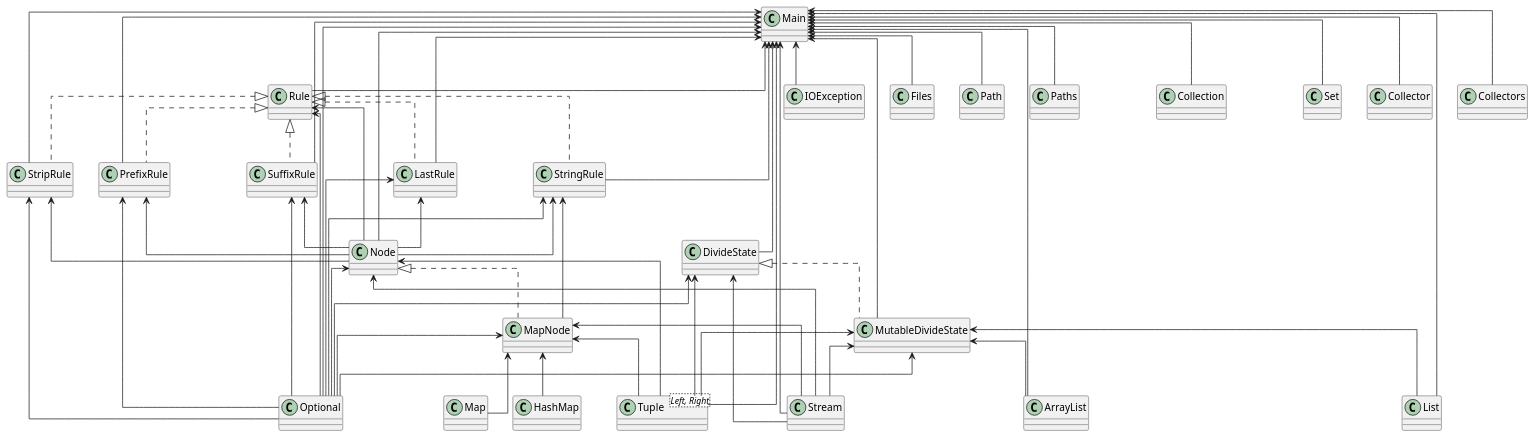
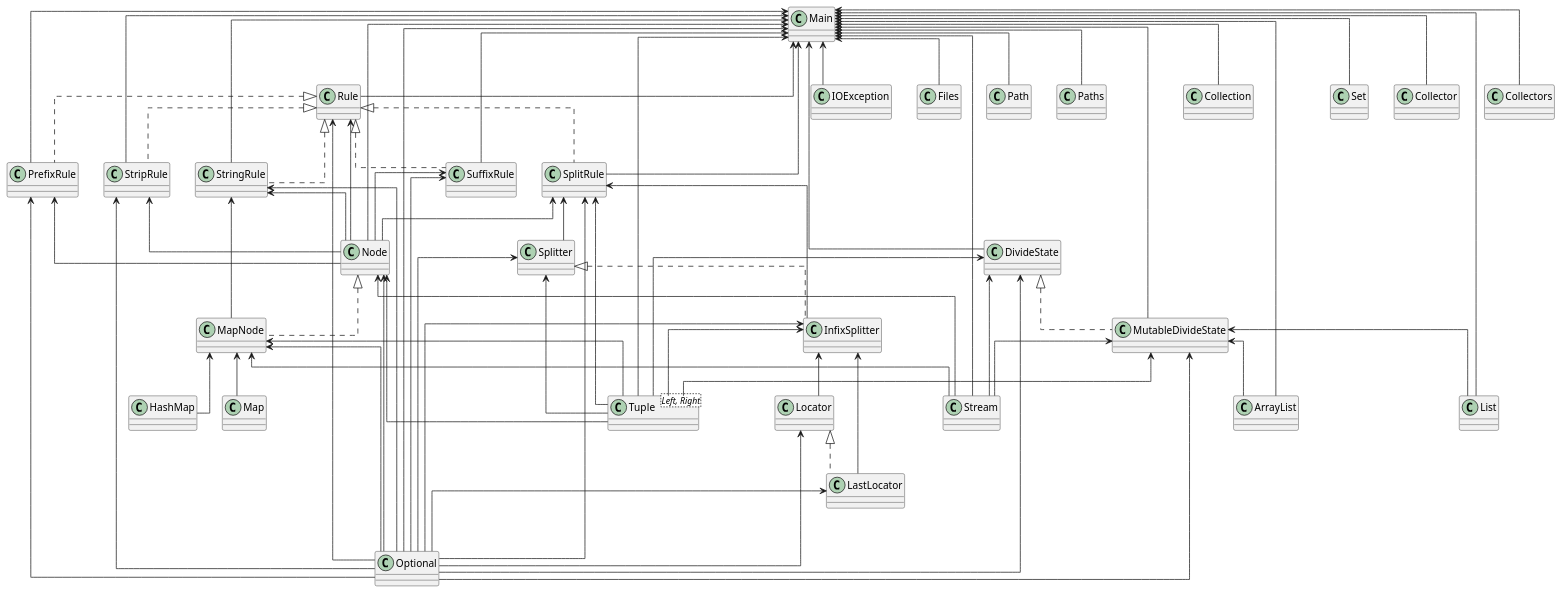
One commit to SirMathhman/Magma changed the diagram in diagram.puml. Above: the diagram before and after it, drawn with PlantUML. The commit also changed 7 other files, not shown here.

```diff
--- a/diagram.puml
+++ b/diagram.puml
@@ -1,74 +1,91 @@
 @startuml
 skinparam linetype ortho
 class PrefixRule
 PrefixRule <-- Node
 PrefixRule <-- Optional
 class PrefixRule implements Rule
 class StripRule
 StripRule <-- Node
 StripRule <-- Optional
 class StripRule implements Rule
-class SuffixRule
-SuffixRule <-- Node
-SuffixRule <-- Optional
-class SuffixRule implements Rule
-class LastRule
-LastRule <-- Node
-LastRule <-- Optional
-class LastRule implements Rule
 class StringRule
 StringRule <-- MapNode
 StringRule <-- Node
 StringRule <-- Optional
 class StringRule implements Rule
+class Splitter
+Splitter <-- Tuple
+Splitter <-- Optional
+class Locator
+Locator <-- Optional
+class SuffixRule
+SuffixRule <-- Node
+SuffixRule <-- Optional
+class SuffixRule implements Rule
+class SplitRule
+SplitRule <-- Tuple
+SplitRule <-- Node
+SplitRule <-- InfixSplitter
+SplitRule <-- Splitter
+SplitRule <-- Optional
+class SplitRule implements Rule 
+class LastLocator
+LastLocator <-- Optional
+class LastLocator implements Locator 
 class Rule
 Rule <-- Node
 Rule <-- Optional
 class Main
 Main <-- Tuple
 Main <-- DivideState
 Main <-- MutableDivideState
 Main <-- Node
-Main <-- LastRule
+Main <-- SplitRule
 Main <-- PrefixRule
 Main <-- Rule
 Main <-- StringRule
 Main <-- StripRule
 Main <-- SuffixRule
 Main <-- IOException
 Main <-- Files
 Main <-- Path
 Main <-- Paths
 Main <-- ArrayList
 Main <-- Collection
 Main <-- List
 Main <-- Optional
 Main <-- Set
 Main <-- Collector
 Main <-- Collectors
 Main <-- Stream
 class Node
 Node <-- Tuple
 Node <-- Optional
 Node <-- Stream
 class MutableDivideState
 MutableDivideState <-- Tuple
 MutableDivideState <-- ArrayList
 MutableDivideState <-- List
 MutableDivideState <-- Optional
 MutableDivideState <-- Stream
 class MutableDivideState implements DivideState 
+class InfixSplitter
+InfixSplitter <-- Tuple
+InfixSplitter <-- LastLocator
+InfixSplitter <-- Locator
+InfixSplitter <-- Optional
+class InfixSplitter implements Splitter 
 class Tuple
 class Tuple<Left, Right> 
 class DivideState
 DivideState <-- Tuple
 DivideState <-- Optional
 DivideState <-- Stream
 class MapNode
 MapNode <-- Tuple
 MapNode <-- HashMap
 MapNode <-- Map
 MapNode <-- Optional
 MapNode <-- Stream
 class MapNode implements Node 
 @enduml
```
